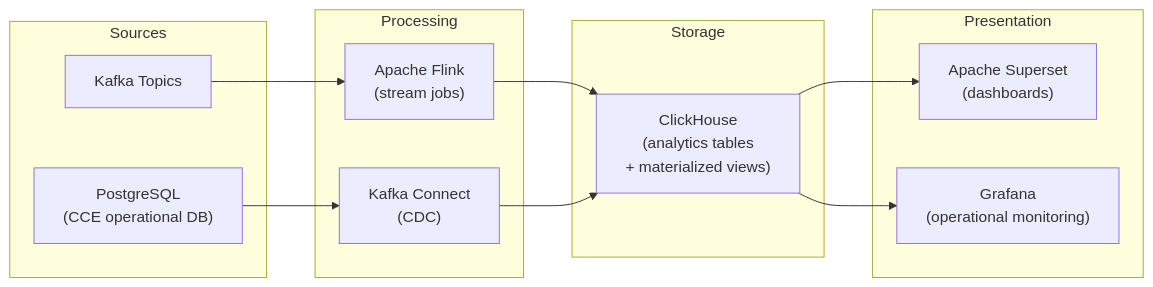
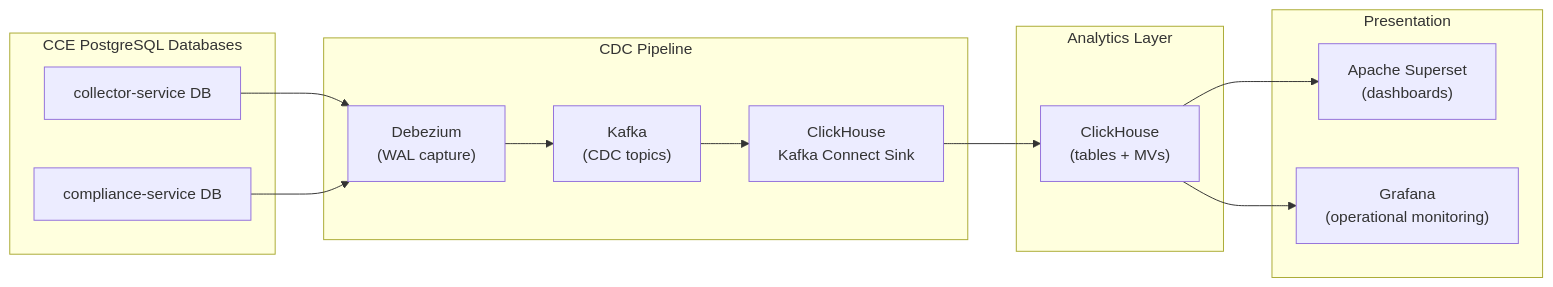
One commit to Jayaprakash8887/cce-data-pipeline changed the second of 2 diagrams in docs/architecture-overview.md. Above: the diagram before and after it, drawn with Mermaid. The commit also changed other lines of this file and 42 other files, not shown here.

First line of the commit message:
Refactor ClickHouse schema and scripts for CDC architecture

````diff
--- a/docs/architecture-overview.md
+++ b/docs/architecture-overview.md
@@ -162,28 +141,30 @@
 ```mermaid
 flowchart LR
-    subgraph Sources
-        K["Kafka Topics"]
-        PG["PostgreSQL<br/>(CCE operational DB)"]
+    subgraph Sources["CCE PostgreSQL Databases"]
+        PG1["collector-service DB"]
+        PG2["compliance-service DB"]
     end
 
-    subgraph Processing
-        F["Apache Flink<br/>(stream jobs)"]
-        KC["Kafka Connect<br/>(CDC)"]
+    subgraph CDC["CDC Pipeline"]
+        DEB["Debezium<br/>(WAL capture)"]
+        KF["Kafka<br/>(CDC topics)"]
+        SINK["ClickHouse<br/>Kafka Connect Sink"]
     end
 
-    subgraph Storage
-        CH["ClickHouse<br/>(analytics tables<br/>+ materialized views)"]
+    subgraph Analytics["Analytics Layer"]
+        CH["ClickHouse<br/>(tables + MVs)"]
     end
 
     subgraph Presentation
         S["Apache Superset<br/>(dashboards)"]
         G["Grafana<br/>(operational monitoring)"]
     end
 
-    K --> F
-    F --> CH
-    PG --> KC
-    KC --> CH
+    PG1 --> DEB
+    PG2 --> DEB
+    DEB --> KF
+    KF --> SINK
+    SINK --> CH
     CH --> S
     CH --> G
 ```
````
